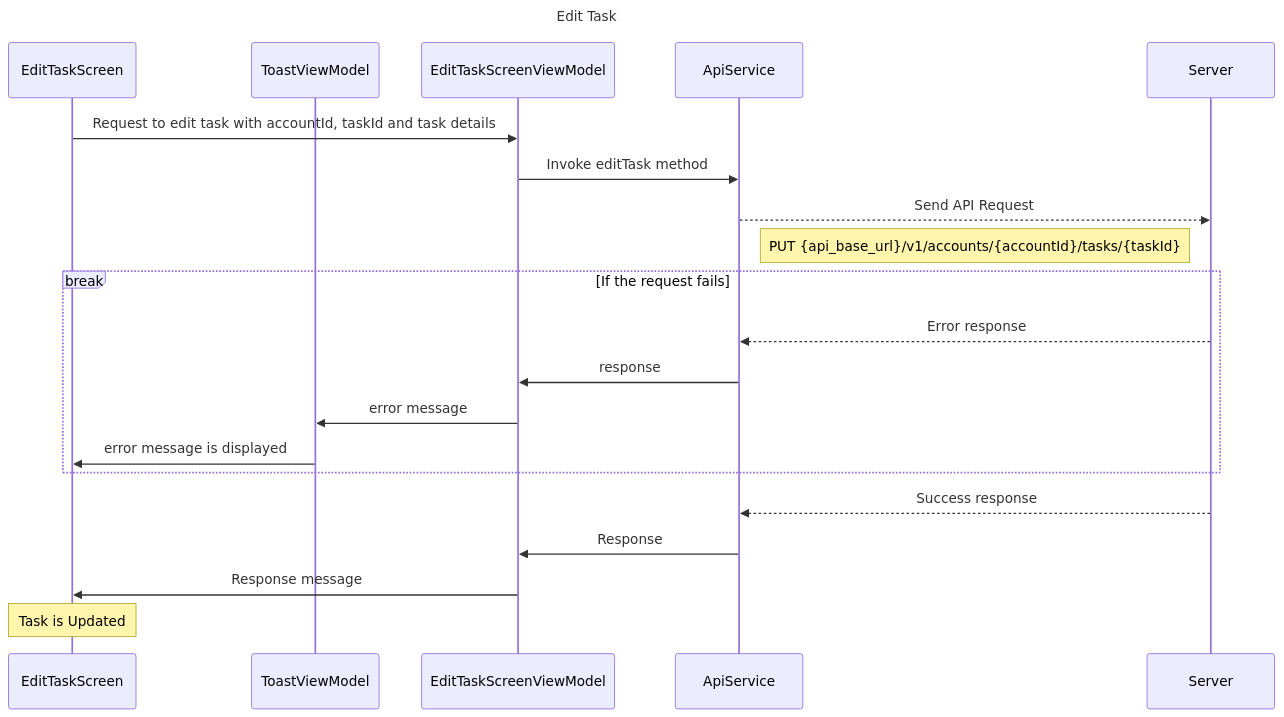
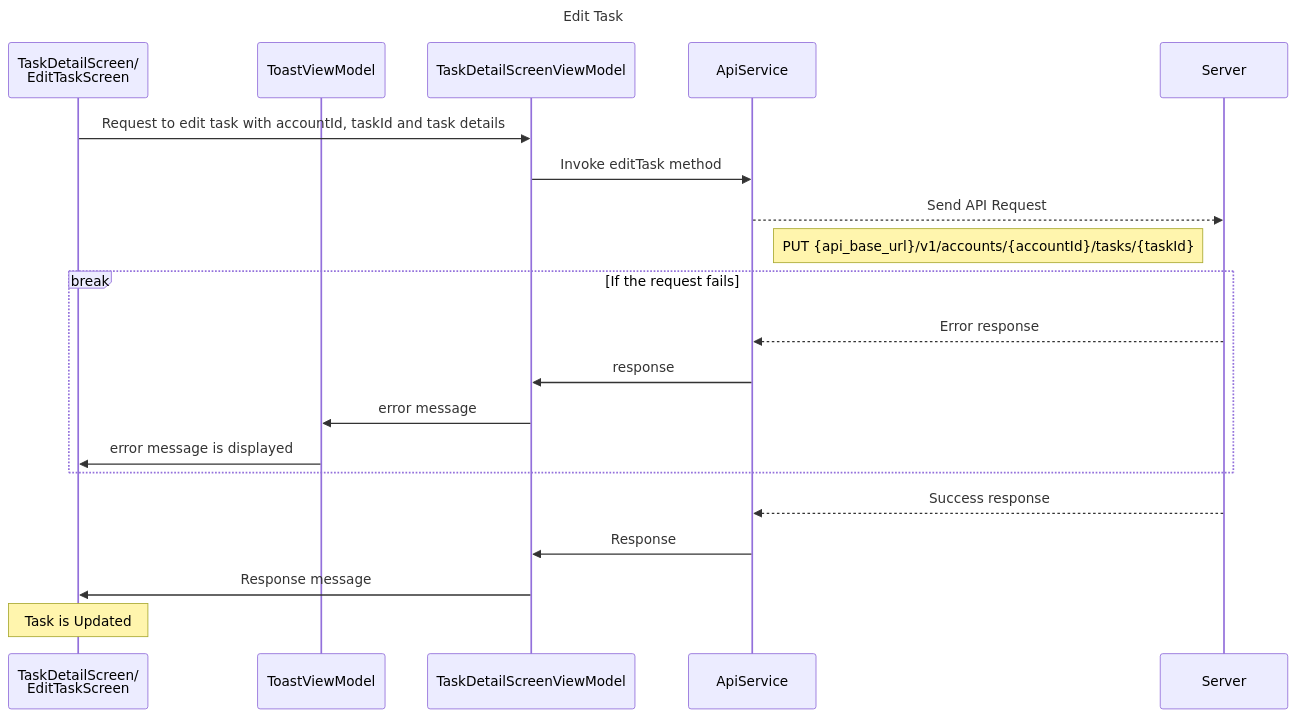
The diagram in flowDiagrams/IOS/EditTask.mermaid (TrueSparrowSystems/AI-SalesSparrow-Docs), drawn with Mermaid before and after one commit. The commit also changed 2 other files, not shown here.

Commit message:
Updated edit event, note and task flow for iOS

```diff
--- a/flowDiagrams/IOS/EditTask.mermaid
+++ b/flowDiagrams/IOS/EditTask.mermaid
@@ -1,25 +1,25 @@
 sequenceDiagram
     title Edit Task
 
-    participant ETS as EditTaskScreen
+    participant TDS as TaskDetailScreen/<br>EditTaskScreen
     participant TVM as ToastViewModel
-    participant ETVM as EditTaskScreenViewModel
+    participant TDSVM as TaskDetailScreenViewModel
     participant AS as ApiService
     participant S as Server
 
-    ETS->>ETVM: Request to edit task with accountId, taskId and task details
-    ETVM->>AS: Invoke editTask method
+    TDS->>TDSVM: Request to edit task with accountId, taskId and task details
+    TDSVM->>AS: Invoke editTask method
     AS-->>S: Send API Request
     note right of AS: PUT {api_base_url}/v1/accounts/{accountId}/tasks/{taskId}
 
     break If the request fails
         S-->>AS: Error response
-        AS->>ETVM: response
-        ETVM->>TVM: error message
-        TVM->>ETS: error message is displayed
+        AS->>TDSVM: response
+        TDSVM->>TVM: error message
+        TVM->>TDS: error message is displayed
     end
 
     S-->>AS: Success response
-    AS->>ETVM: Response
-    ETVM->>ETS: Response message
-    note over ETS: Task is Updated
+    AS->>TDSVM: Response
+    TDSVM->>TDS: Response message
+    note over TDS: Task is Updated
```
